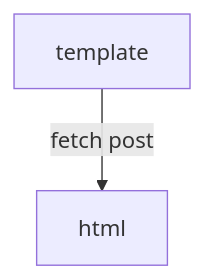
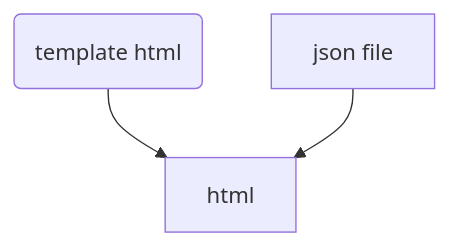
Before and after one commit to candywater/md-doc-generator: the third of 4 diagrams in readme.md, drawn with Mermaid. The commit also changed other lines of this file, not shown here.

````diff
--- a/readme.md
+++ b/readme.md
@@ -47,4 +48,4 @@
 ```mermaid
 graph TD;
-    template--fetch post-->html;
+  temp(template html) & json[json file]-->html;
 ```
````
